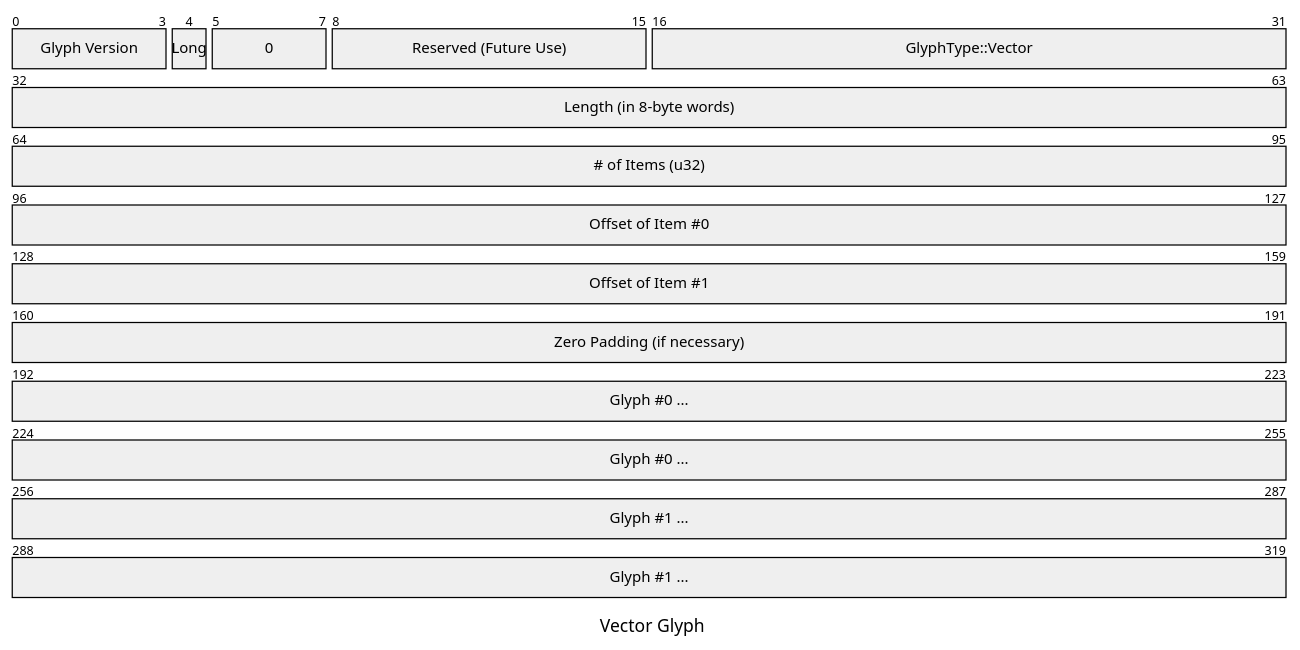
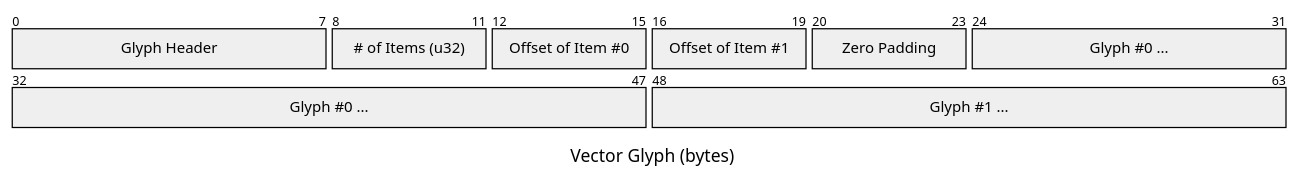
One commit to elara-themica/glifs-contributor-guide changed diagram 11 of 15 in src/binary_formats.md. Above: the diagram before and after it, drawn with Mermaid. The commit also changed other lines of this file, not shown here.

````diff
--- a/src/binary_formats.md
+++ b/src/binary_formats.md
@@ -312,18 +298,13 @@
 ```mermaid
 ---
-title: "Vector Glyph"
+title: "Vector Glyph (bytes)"
 ---
 packet-beta
-0-3: "Glyph Version"
-4: "Long"
-5-7: "0"
-8-15: "Reserved (Future Use)"
-16-31: "GlyphType::Vector"
-32-63: "Length (in 8-byte words)"
-64-95: "# of Items (u32)"
-96-127: "Offset of Item #0"
-128-159: "Offset of Item #1"
-160-191: "Zero Padding (if necessary)"
-192-255: "Glyph #0 ..."
-256-319: "Glyph #1 ..."
+0-7: "Glyph Header"
+8-11: "# of Items (u32)"
+12-15: "Offset of Item #0"
+16-19: "Offset of Item #1"
+20-23: "Zero Padding"
+24-47: "Glyph #0 ..."
+48-63: "Glyph #1 ..."
 ```
````
